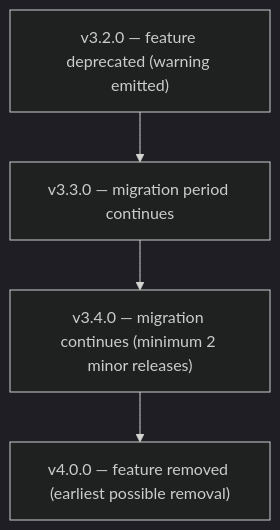
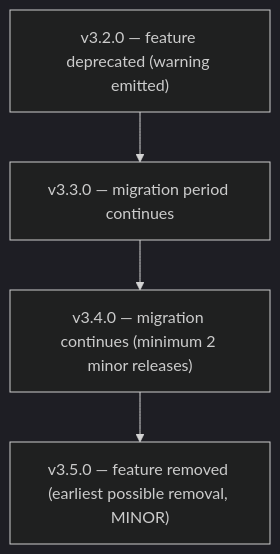
The diagram in content/docs/protocol/backward-compatibility.mdx (objectstack-ai/objectstack), drawn with Mermaid (dark theme) before and after one commit. The commit also changed other lines of this file and 1 other file, not shown here.

````diff
--- a/content/docs/protocol/backward-compatibility.mdx
+++ b/content/docs/protocol/backward-compatibility.mdx
@@ -69,6 +76,6 @@
 ```mermaid
 flowchart TD
     A["v3.2.0 — feature deprecated (warning emitted)"] --> B["v3.3.0 — migration period continues"]
     B --> C["v3.4.0 — migration continues (minimum 2 minor releases)"]
-    C --> D["v4.0.0 — feature removed (earliest possible removal)"]
+    C --> D["v3.5.0 — feature removed (earliest possible removal, MINOR)"]
 ```
````
